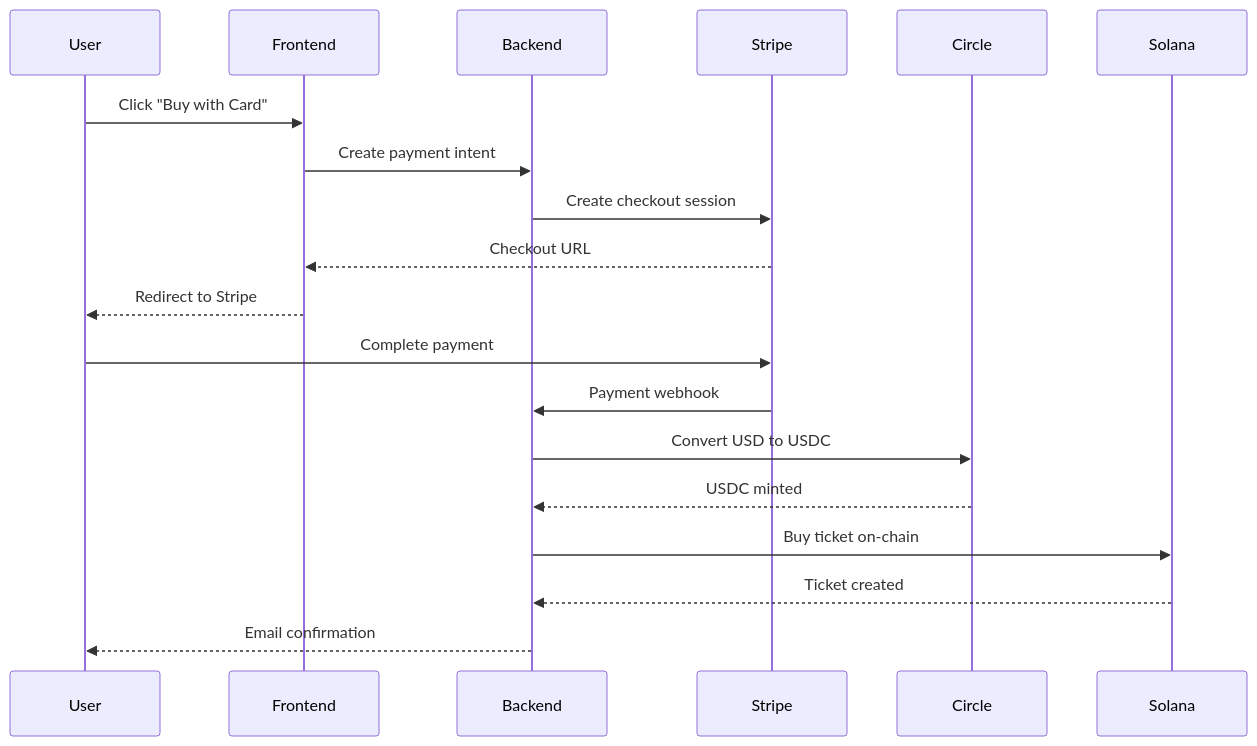
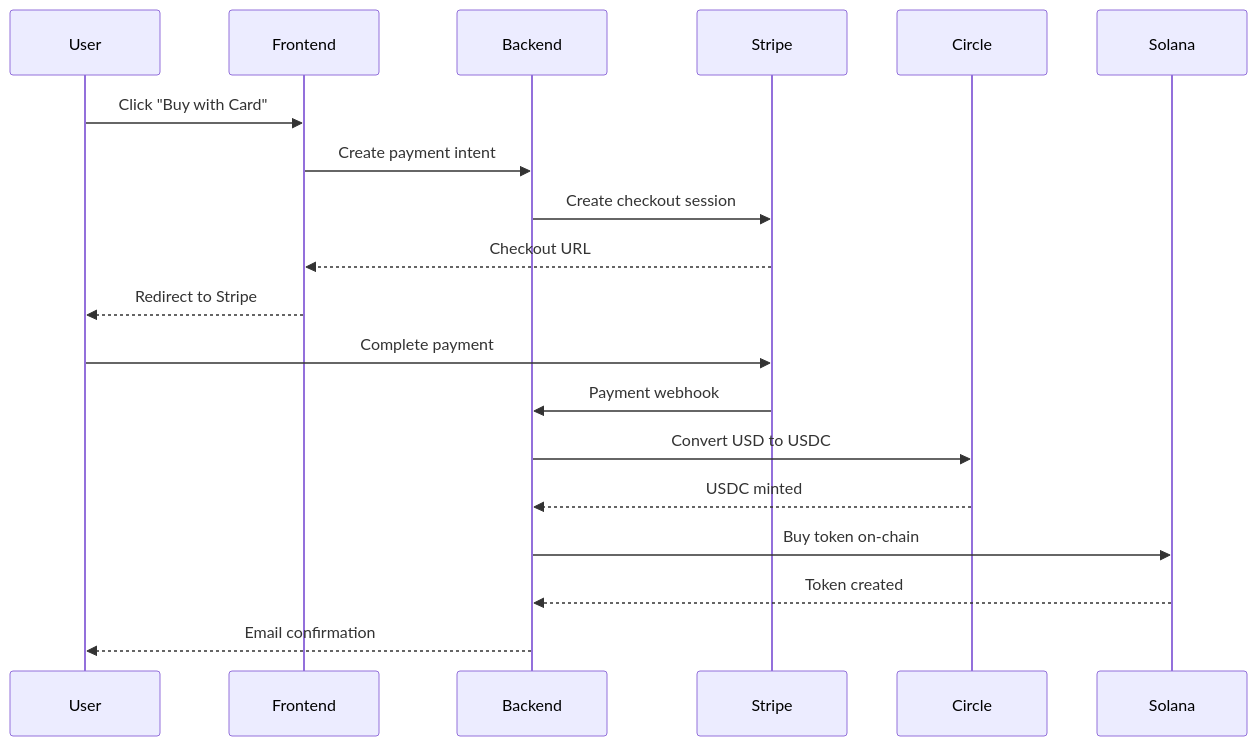
Before and after one commit to raghavared/tradmatric-docs: the diagram in roadmap/stripe-integration.mdx, drawn with Mermaid. The commit also changed other lines of this file and 8 other files, not shown here.

Commit message:
ticket->token change

````diff
--- a/roadmap/stripe-integration.mdx
+++ b/roadmap/stripe-integration.mdx
@@ -42,22 +42,22 @@
 ```mermaid
 sequenceDiagram
     participant User
     participant Frontend
     participant Backend
     participant Stripe
     participant Circle
     participant Solana
 
     User->>Frontend: Click "Buy with Card"
     Frontend->>Backend: Create payment intent
     Backend->>Stripe: Create checkout session
     Stripe-->>Frontend: Checkout URL
     Frontend-->>User: Redirect to Stripe
     User->>Stripe: Complete payment
     Stripe->>Backend: Payment webhook
     Backend->>Circle: Convert USD to USDC
     Circle-->>Backend: USDC minted
-    Backend->>Solana: Buy ticket on-chain
-    Solana-->>Backend: Ticket created
+    Backend->>Solana: Buy token on-chain
+    Solana-->>Backend: Token created
     Backend-->>User: Email confirmation
 ```
````
